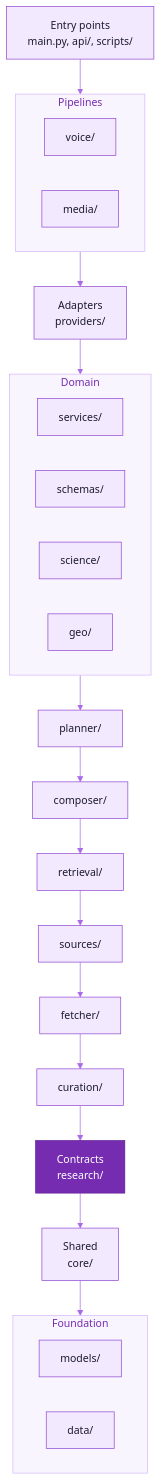
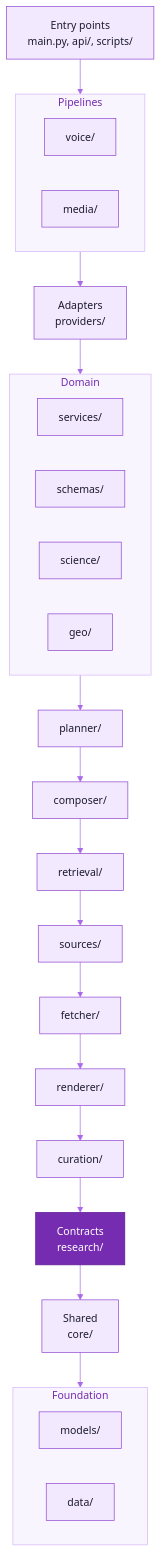
The second of 9 diagrams in docs/ARCHITECTURE.md (ankits1802/science-behind-craft), drawn with Mermaid before and after one commit. The commit also changed other lines of this file and 87 other files, not shown here.

````diff
--- a/docs/ARCHITECTURE.md
+++ b/docs/ARCHITECTURE.md
@@ -72,31 +74,32 @@
 ```mermaid
 %%{init: {"theme":"base","fontFamily":"Inter, ui-sans-serif, system-ui, -apple-system, Segoe UI, Roboto, Helvetica, Arial, sans-serif","themeVariables":{"fontSize":"15px","primaryColor":"#F2E9FE","primaryTextColor":"#1E1B2E","primaryBorderColor":"#9148D2","secondaryColor":"#FAEECD","secondaryTextColor":"#1E1B2E","secondaryBorderColor":"#CD9200","tertiaryColor":"#F3F1FA","tertiaryTextColor":"#1E1B2E","tertiaryBorderColor":"#A7A3BC","mainBkg":"#F2E9FE","nodeBorder":"#9148D2","nodeTextColor":"#1E1B2E","lineColor":"#AA69E9","textColor":"#857F9E","edgeLabelBackground":"#F9F5FF","clusterBkg":"#F9F5FF","clusterBorder":"#D6B6FB","titleColor":"#762CB1"}}}%%
 flowchart TD
   E["Entry points<br/>main.py, api/, scripts/"]
   subgraph Pipelines
     VO["voice/"]
     ME["media/"]
   end
   PR["Adapters<br/>providers/"]
   subgraph Domain
     SV["services/"]
     SC["schemas/"]
     SI["science/"]
     GE["geo/"]
   end
   PL["planner/"]
   CO["composer/"]
   RE["retrieval/"]
   SO["sources/"]
   FE["fetcher/"]
+  RD["renderer/"]
   CU["curation/"]
   RS["Contracts<br/>research/"]
   CR["Shared<br/>core/"]
   subgraph Foundation
     MO["models/"]
     DA["data/"]
   end
-  E --> Pipelines --> PR --> Domain --> PL --> CO --> RE --> SO --> FE --> CU --> RS --> CR --> Foundation
+  E --> Pipelines --> PR --> Domain --> PL --> CO --> RE --> SO --> FE --> RD --> CU --> RS --> CR --> Foundation
   classDef accent fill:#762CB1,stroke:#5F1C93,color:#FFFFFF
   class RS accent
 ```
````
